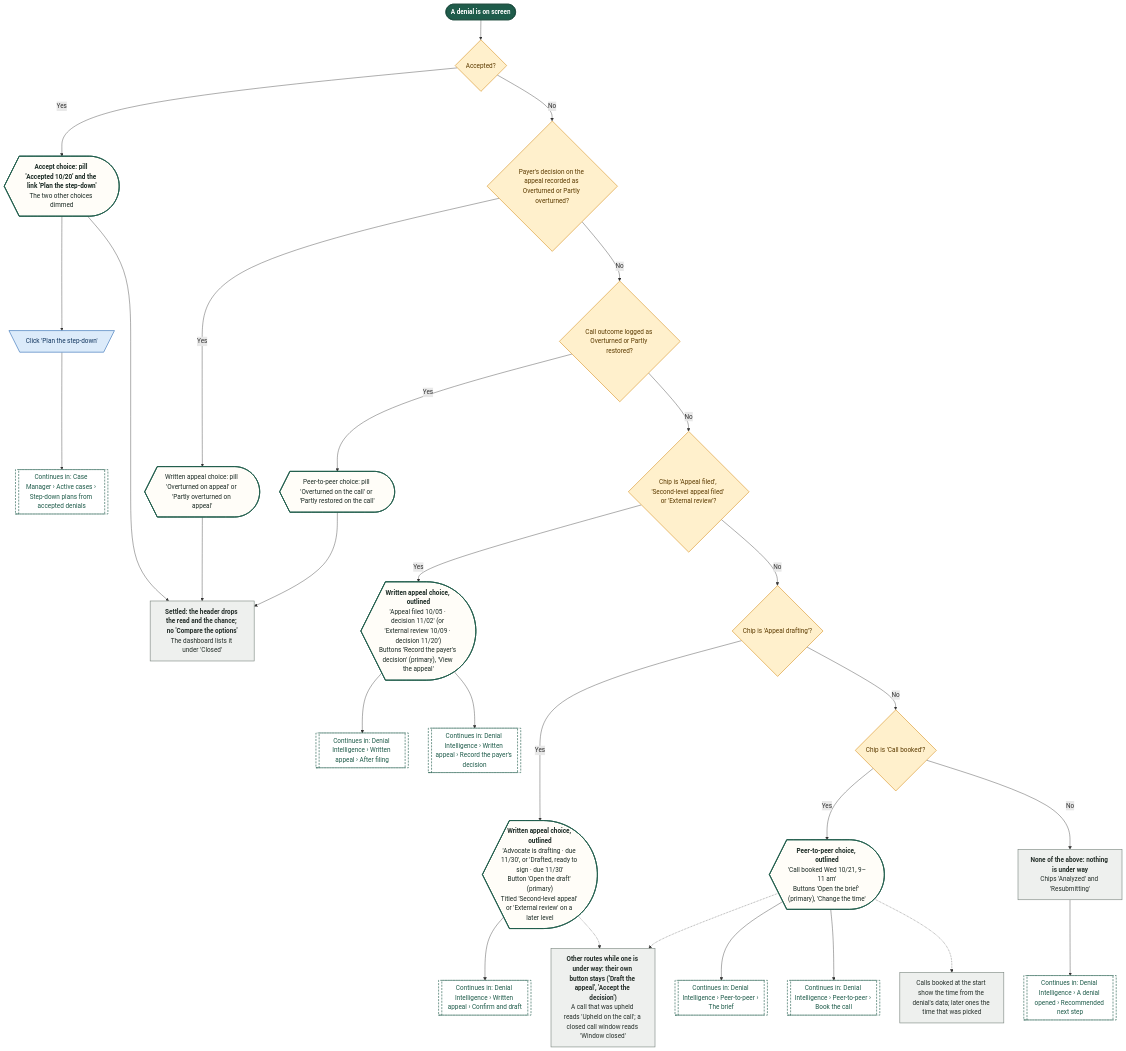
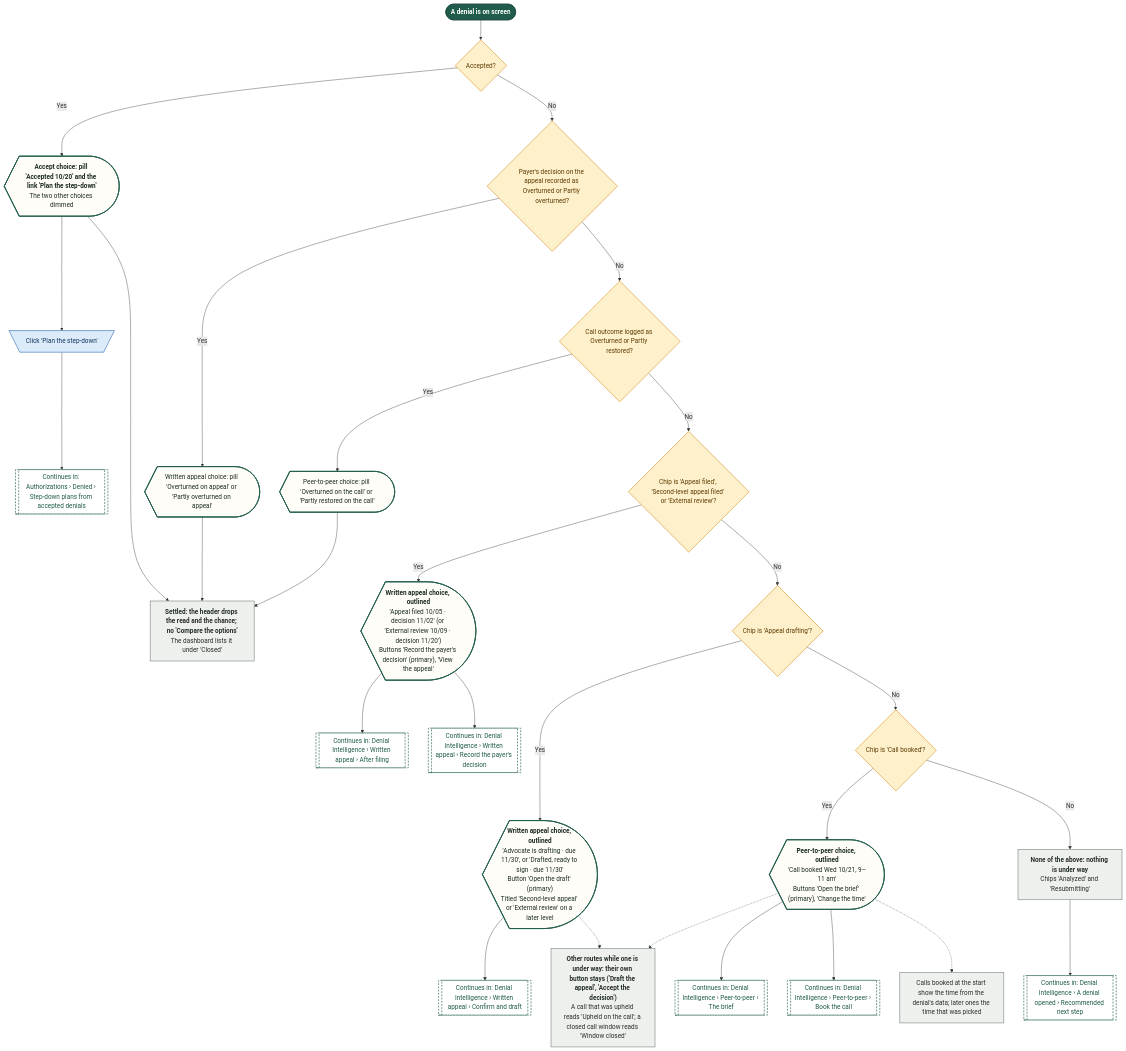
One commit to Shrav143/psyfloapp changed the fourth of 28 diagrams in demos/prior-auth-demo/workflows/out/md/06-denials.md. Above: the diagram before and after it, drawn with Mermaid. The commit also changed other lines of this file and 113 other files, not shown here.

First line of the commit message:
docs: workflow diagrams for the merged Authorizations (worklist, approved, reviews and tracked cases, sidebar arrow), every link retargeted, 336 diagrams

````diff
--- a/demos/prior-auth-demo/workflows/out/md/06-denials.md
+++ b/demos/prior-auth-demo/workflows/out/md/06-denials.md
@@ -230,70 +230,70 @@
 ```mermaid
 %%{init: {"theme":"base","themeVariables":{"fontFamily":"'DM Sans', 'Segoe UI', system-ui, sans-serif","fontSize":"15px","lineColor":"#5B6B63","primaryTextColor":"#1C2B25","clusterBkg":"#FBF8F3","clusterBorder":"#D9CDBB","edgeLabelBackground":"#FFFFFF"},"flowchart":{"curve":"basis","nodeSpacing":36,"rankSpacing":48,"padding":12,"htmlLabels":true,"useMaxWidth":false,"wrappingWidth":230}} }%%
 flowchart TD
   classDef k_start fill:#1F5C4B,stroke:#174638,color:#FFFFFF,stroke-width:1.5px,font-weight:600
   classDef k_end fill:#DDEFE3,stroke:#2E7D4F,color:#14502F,stroke-width:1.5px,font-weight:600
   classDef k_endx fill:#FBE3E0,stroke:#C0392B,color:#7A1F16,stroke-width:1.5px,font-weight:600
   classDef k_screen fill:#FFFDF8,stroke:#1F5C4B,color:#1C2B25,stroke-width:2px
   classDef k_overlay fill:#F1F7F3,stroke:#1F5C4B,color:#1C2B25,stroke-width:2px,stroke-dasharray:5 3
   classDef k_click fill:#DCEBFA,stroke:#2F6DB5,color:#12365F,stroke-width:1.5px
   classDef k_input fill:#E4E7FF,stroke:#4C5FD5,color:#1D2670,stroke-width:1.5px
   classDef k_process fill:#EEF0EE,stroke:#7A857F,color:#26302B,stroke-width:1.5px
   classDef k_agent fill:#EEE5FA,stroke:#7A4FC2,color:#341A63,stroke-width:1.5px
   classDef k_decision fill:#FFF0CC,stroke:#D9962B,color:#5C3B00,stroke-width:1.5px
   classDef k_store fill:#D5F0EA,stroke:#1C8E7B,color:#0B4A3F,stroke-width:1.5px
   classDef k_doc fill:#F6E9DC,stroke:#B07A4C,color:#4A2E14,stroke-width:1.5px
   classDef k_ext fill:#FFE6D2,stroke:#E07B39,color:#6B2F06,stroke-width:1.5px
   classDef k_wait fill:#E4E8EE,stroke:#6B7C93,color:#26303D,stroke-width:1.5px
   classDef k_toast fill:#FFF9DB,stroke:#C9A400,color:#5A4A00,stroke-width:1.5px
   classDef k_goto fill:#FFFFFF,stroke:#1F5C4B,color:#1F5C4B,stroke-width:1.5px,stroke-dasharray:5 3
   s1@{ shape: stadium, label: "A denial is on screen" }
   d1@{ shape: diam, label: "Accepted?" }
   t1@{ shape: curv-trap, label: "<b>Accept choice: pill 'Accepted 10/20' and the link 'Plan the step-down'</b><br/>The two other choices dimmed" }
   c1@{ shape: trap-t, label: "Click 'Plan the step-down'" }
-  g1@{ shape: subproc, label: "Continues in: Case Manager › Active cases › Step-down plans from accepted denials" }
+  g1@{ shape: subproc, label: "Continues in: Authorizations › Denied › Step-down plans from accepted denials" }
   d2a@{ shape: diam, label: "Payer's decision on the appeal recorded as Overturned or Partly overturned?" }
   t2a@{ shape: curv-trap, label: "Written appeal choice: pill 'Overturned on appeal' or 'Partly overturned on appeal'" }
   d2@{ shape: diam, label: "Call outcome logged as Overturned or Partly restored?" }
   t2@{ shape: curv-trap, label: "Peer-to-peer choice: pill 'Overturned on the call' or 'Partly restored on the call'" }
   pc@{ shape: rect, label: "<b>Settled: the header drops the read and the chance; no 'Compare the options'</b><br/>The dashboard lists it under 'Closed'" }
   d3@{ shape: diam, label: "Chip is 'Appeal filed', 'Second-level appeal filed' or 'External review'?" }
   t3@{ shape: curv-trap, label: "<b>Written appeal choice, outlined</b><br/>'Appeal filed 10/05 · decision 11/02' (or 'External review 10/09 · decision 11/20')<br/>Buttons 'Record the payer's decision' (primary), 'View the appeal'" }
   g3@{ shape: subproc, label: "Continues in: Denial Intelligence › Written appeal › After filing" }
   g3a@{ shape: subproc, label: "Continues in: Denial Intelligence › Written appeal › Record the payer's decision" }
   d4@{ shape: diam, label: "Chip is 'Appeal drafting'?" }
   t4@{ shape: curv-trap, label: "<b>Written appeal choice, outlined</b><br/>'Advocate is drafting · due 11/30', or 'Drafted, ready to sign · due 11/30'<br/>Button 'Open the draft' (primary)<br/>Titled 'Second-level appeal' or 'External review' on a later level" }
   g4@{ shape: subproc, label: "Continues in: Denial Intelligence › Written appeal › Confirm and draft" }
   d6@{ shape: diam, label: "Chip is 'Call booked'?" }
   t6@{ shape: curv-trap, label: "<b>Peer-to-peer choice, outlined</b><br/>'Call booked Wed 10/21, 9–11 am'<br/>Buttons 'Open the brief' (primary), 'Change the time'" }
   p2@{ shape: rect, label: "Calls booked at the start show the time from the denial's data; later ones the time that was picked" }
   g5@{ shape: subproc, label: "Continues in: Denial Intelligence › Peer-to-peer › Book the call" }
   g6@{ shape: subproc, label: "Continues in: Denial Intelligence › Peer-to-peer › The brief" }
   po@{ shape: rect, label: "<b>Other routes while one is under way: their own button stays ('Draft the appeal', 'Accept the decision')</b><br/>A call that was upheld reads 'Upheld on the call'; a closed call window reads 'Window closed'" }
   p1@{ shape: rect, label: "<b>None of the above: nothing is under way</b><br/>Chips 'Analyzed' and 'Resubmitting'" }
   g7@{ shape: subproc, label: "Continues in: Denial Intelligence › A denial opened › Recommended next step" }
   s1 --> d1
   d1 -->|"Yes"| t1 --> c1 --> g1
   t1 --> pc
   d1 -->|"No"| d2a
   d2a -->|"Yes"| t2a --> pc
   d2a -->|"No"| d2
   d2 -->|"Yes"| t2 --> pc
   d2 -->|"No"| d3
   d3 -->|"Yes"| t3 --> g3a
   t3 --> g3
   d3 -->|"No"| d4
   d4 -->|"Yes"| t4 --> g4
   t4 -.-> po
   d4 -->|"No"| d6
   d6 -->|"Yes"| t6 --> g6
   t6 --> g5
   t6 -.-> p2
   t6 -.-> po
   d6 -->|"No"| p1 --> g7
   class s1 k_start
   class d1,d2a,d2,d3,d4,d6 k_decision
   class t1,t2a,t2,t3,t4,t6 k_screen
   class c1 k_click
   class g1,g3,g3a,g4,g5,g6,g7 k_goto
   class pc,p2,po,p1 k_process
 ```
````
